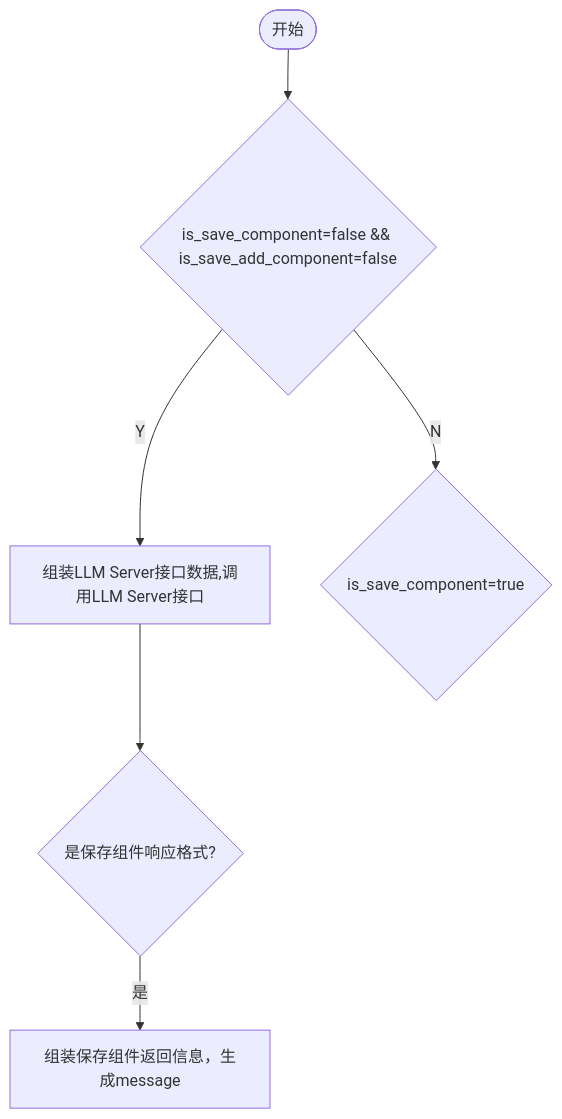
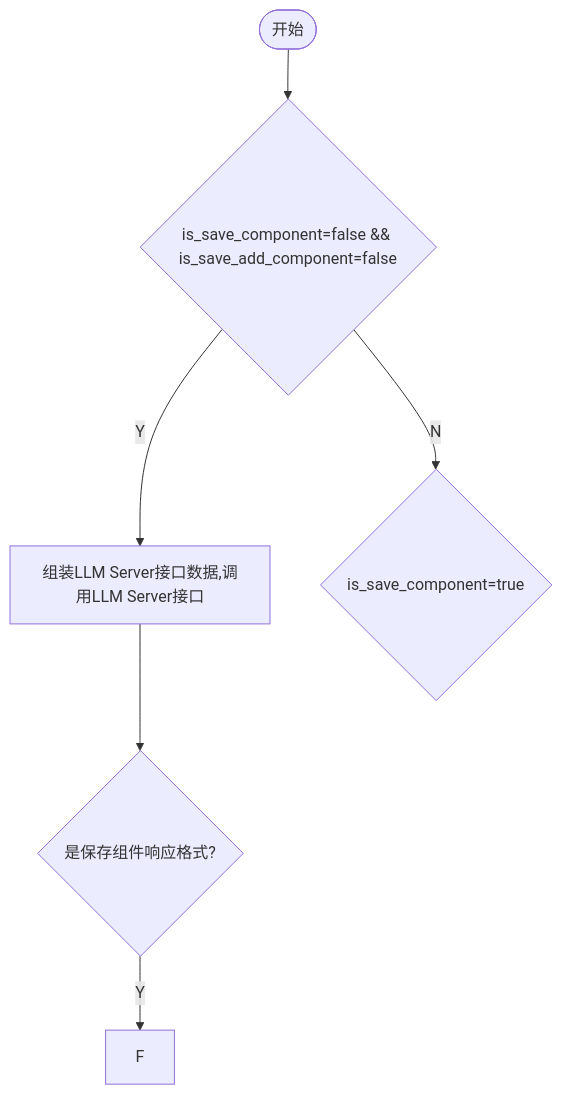
The diagram in all/未命名-7.md (yingjianzh/iodraw-files), drawn with Mermaid before and after one commit.

Commit message:
2024-10-12 13:55:54 update

````diff
--- a/all/未命名-7.md
+++ b/all/未命名-7.md
@@ -1,10 +1,10 @@
 ```mermaid
 flowchart TD
     A([开始]) --> B{is_save_component=false && is_save_add_component=false}
     B -- Y --> C[组装LLM Server接口数据,调用LLM Server接口]
     B -- N --> D{is_save_component=true}
     C --> E{是保存组件响应格式?}
-    E -- 是 --> F[组装保存组件返回信息，生成message]
+    E -- Y --> F
     
 
 ```
````
